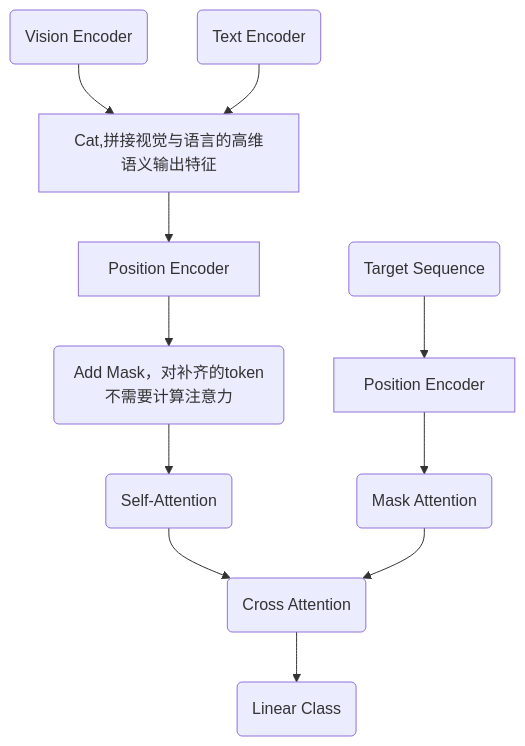
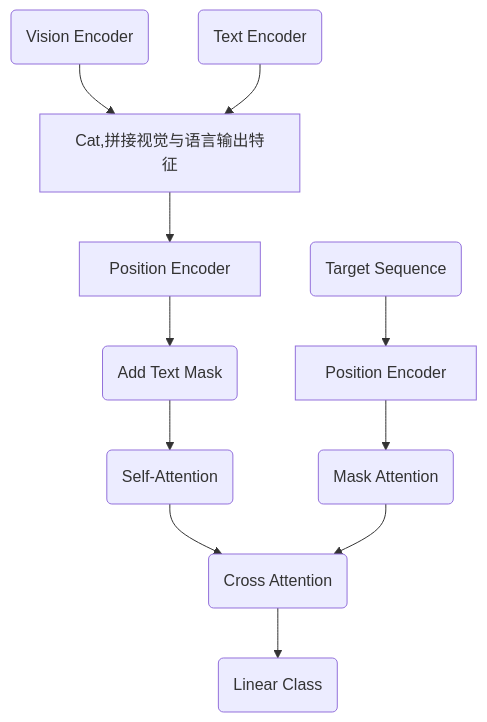
Before and after one commit to Reverse2613/PaperReproduction-SKYFIND: the second of 2 diagrams in README.md, drawn with Mermaid. The commit also changed other lines of this file and 1 other file, not shown here.

````diff
--- a/README.md
+++ b/README.md
@@ -58,6 +65,6 @@
 ```mermaid
  graph TB
 A(Vision Encoder)-->C
-B(Text Encoder)-->C[Cat,拼接视觉与语言的高维语义输出特征]-->D[Position Encoder]-->K(Add Mask，对补齐的token不需要计算注意力)-->E(Self-Attention)-->H
+B(Text Encoder)-->C[Cat,拼接视觉与语言输出特征]-->D[Position Encoder]-->K(Add Text Mask)-->E(Self-Attention)-->H
 F(Target Sequence)-->J[Position Encoder]-->G(Mask Attention)-->H(Cross Attention)-->I(Linear Class)
 ```
````
